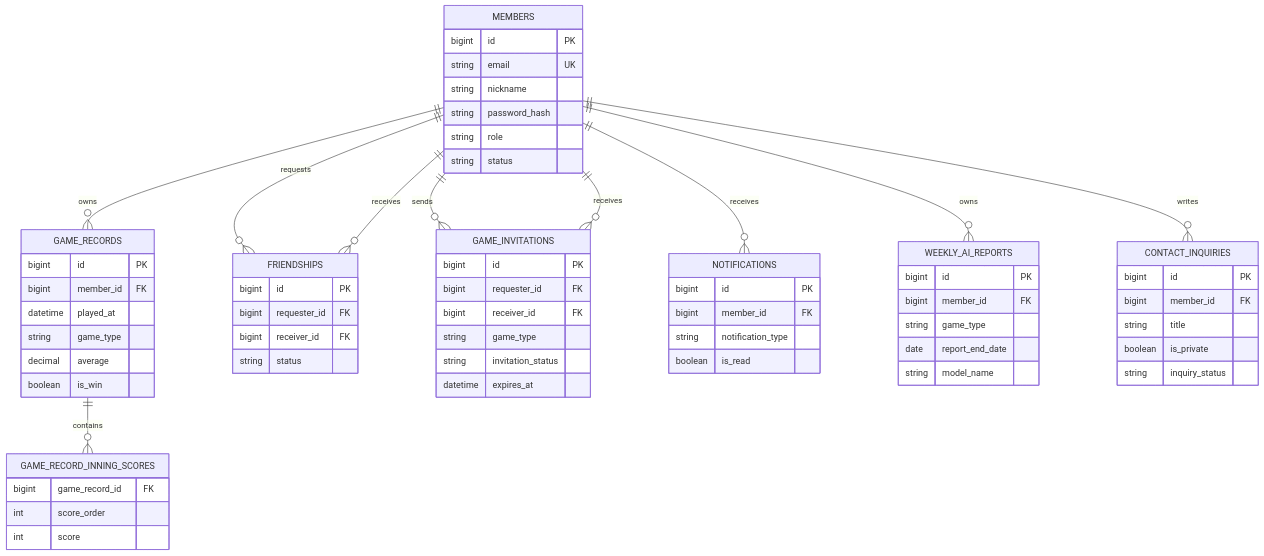
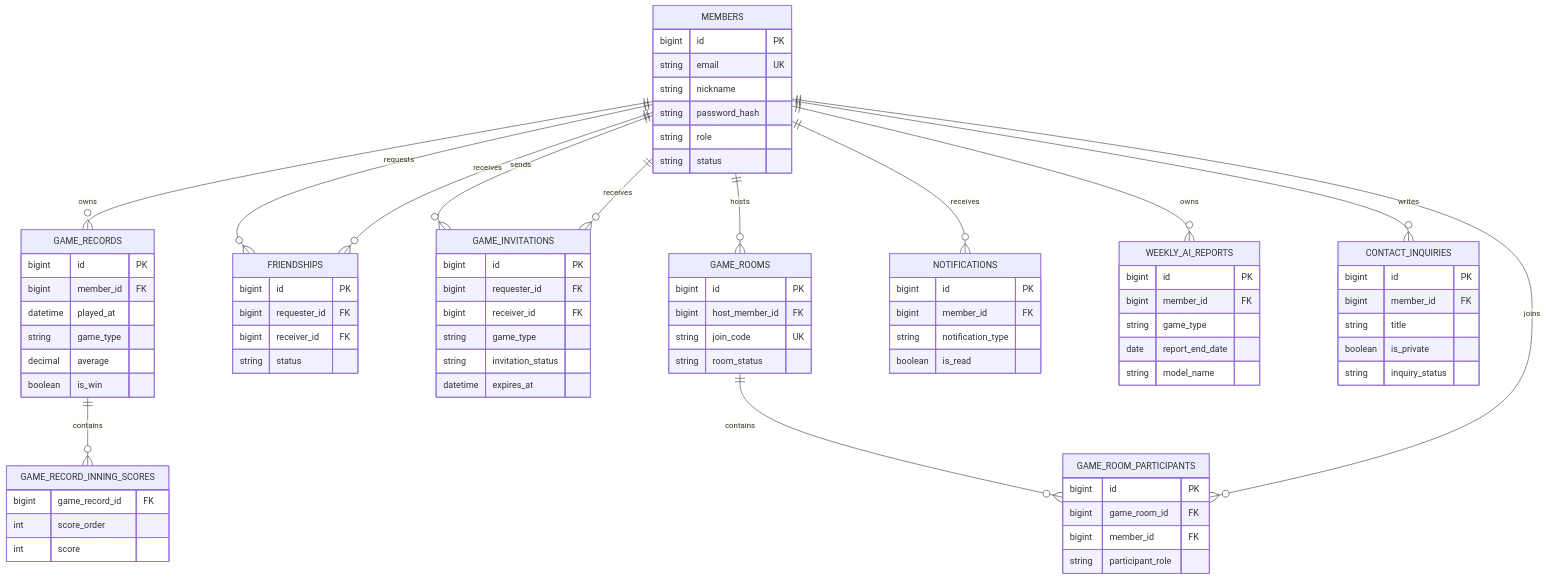
Before and after one commit to kimsesdook/Billiards-Analysis: the second of 2 diagrams in README.md, drawn with Mermaid. The commit also changed 27 other files, not shown here.

```diff
--- a/README.md
+++ b/README.md
@@ -57,6 +57,9 @@
     MEMBERS ||--o{ FRIENDSHIPS : receives
     MEMBERS ||--o{ GAME_INVITATIONS : sends
     MEMBERS ||--o{ GAME_INVITATIONS : receives
+    MEMBERS ||--o{ GAME_ROOMS : hosts
+    GAME_ROOMS ||--o{ GAME_ROOM_PARTICIPANTS : contains
+    MEMBERS ||--o{ GAME_ROOM_PARTICIPANTS : joins
     MEMBERS ||--o{ NOTIFICATIONS : receives
     MEMBERS ||--o{ WEEKLY_AI_REPORTS : owns
     MEMBERS ||--o{ CONTACT_INQUIRIES : writes
@@ -96,6 +99,18 @@
         string invitation_status
         datetime expires_at
     }
+    GAME_ROOMS {
+        bigint id PK
+        bigint host_member_id FK
+        string join_code UK
+        string room_status
+    }
+    GAME_ROOM_PARTICIPANTS {
+        bigint id PK
+        bigint game_room_id FK
+        bigint member_id FK
+        string participant_role
+    }
     NOTIFICATIONS {
         bigint id PK
         bigint member_id FK
```
